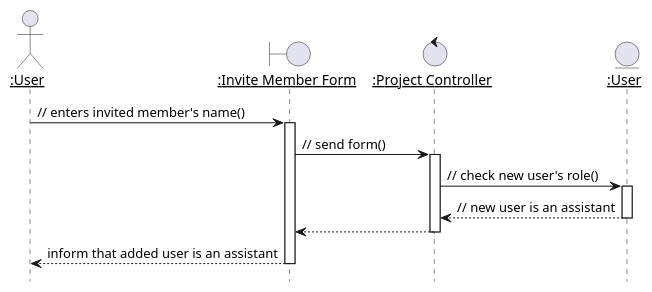
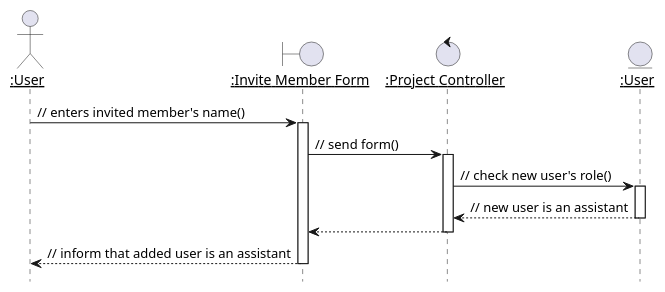
The diagram in docs/source/meth/uc-anal-design/uml/p-member-add-assistant.puml (Huy-Ngo/acanban), drawn with PlantUML before and after one commit. The commit also changed 7 other files, not shown here.

```diff
--- a/docs/source/meth/uc-anal-design/uml/p-member-add-assistant.puml
+++ b/docs/source/meth/uc-anal-design/uml/p-member-add-assistant.puml
@@ -1,16 +1,16 @@
 @startuml
 hide footbox
 autoactivate on
 skinparam sequenceParticipant underline
 actor ":User" as usr
 boundary ":Invite Member Form" as form
 control ":Project Controller" as ctl
 entity ":User" as db_usr
 
 usr -> form : // enters invited member's name()
 form -> ctl : // send form()
 ctl -> db_usr : // check new user's role()
 ctl <-- db_usr : // new user is an assistant
 form <-- ctl
-usr <-- form : inform that added user is an assistant
+usr <-- form : // inform that added user is an assistant
 @enduml
```
